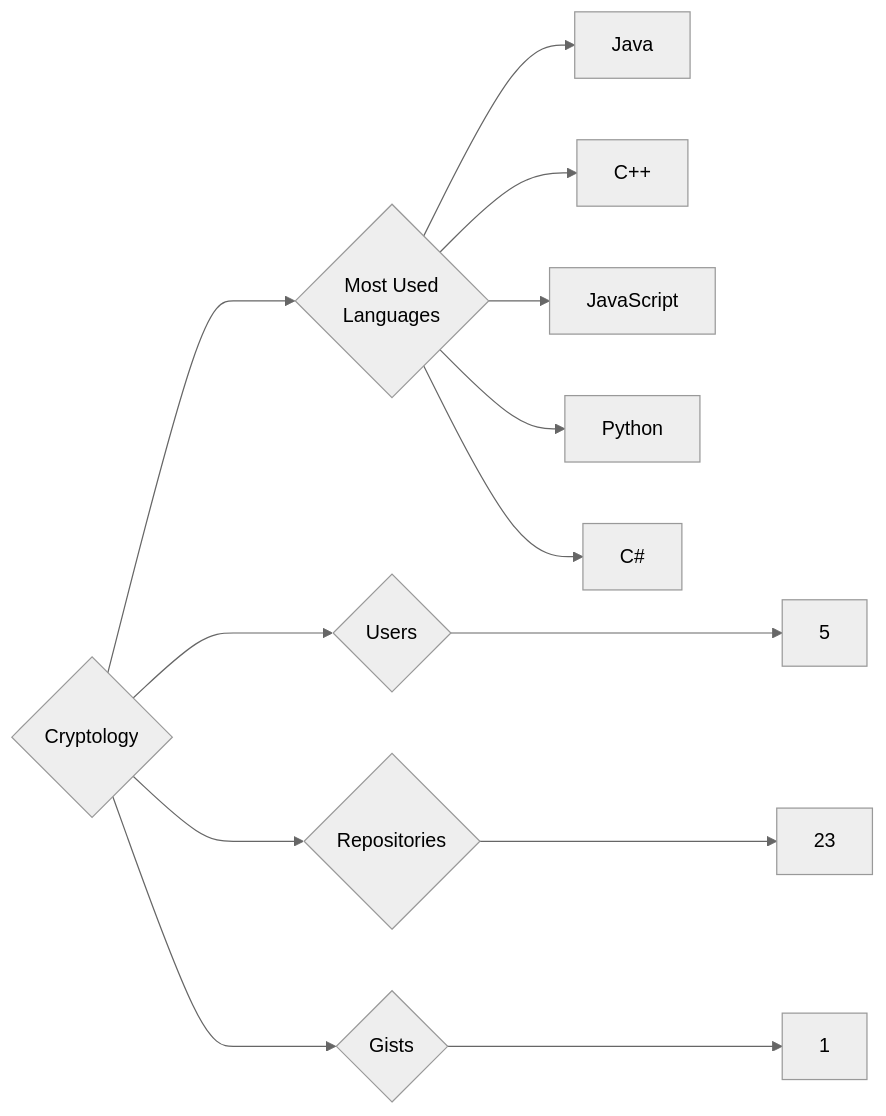
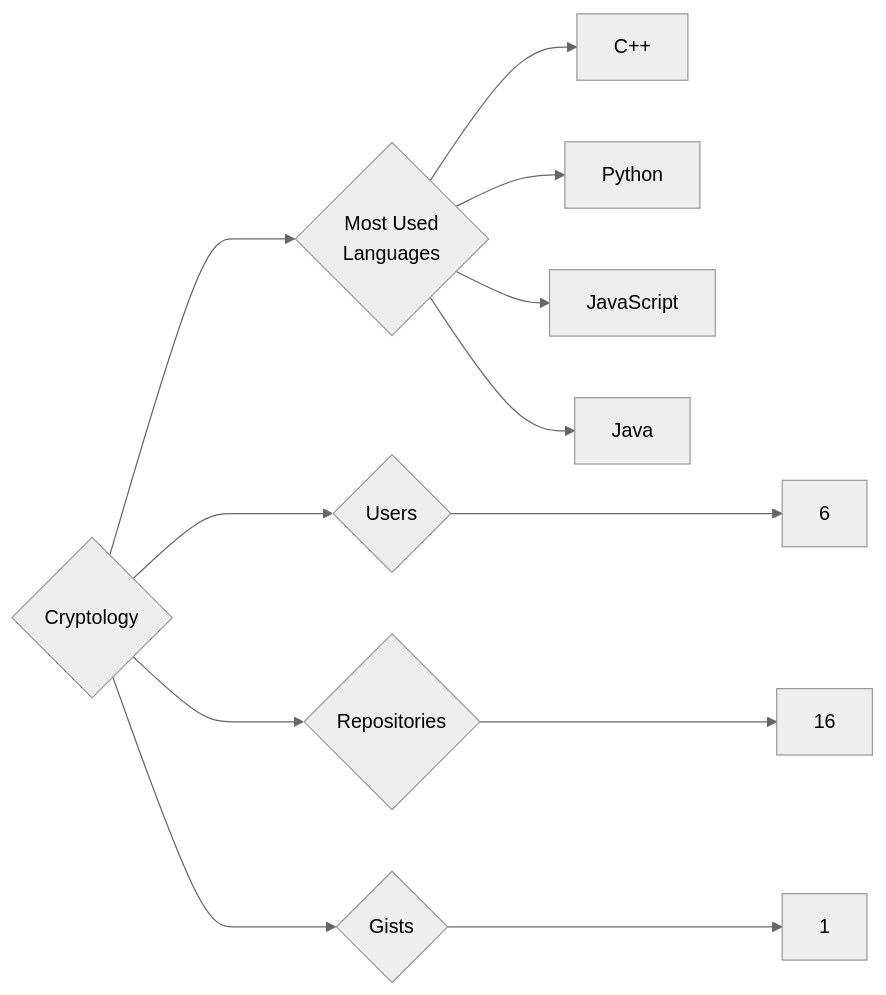
The diagram in targets/Cryptology/README.md (trickest/insiders), drawn with Mermaid (neutral theme) before and after one commit. The commit also changed 1084 other files, not shown here.

````diff
--- a/targets/Cryptology/README.md
+++ b/targets/Cryptology/README.md
@@ -3,13 +3,12 @@
 ```mermaid
 graph LR
 COMPANY_NAME{Cryptology}
-COMPANY_NAME ---> U{Users} ---> UN[5]
-COMPANY_NAME ---> R{Repositories} ---> RN[23]
+COMPANY_NAME ---> U{Users} ---> UN[6]
+COMPANY_NAME ---> R{Repositories} ---> RN[16]
 COMPANY_NAME ---> G{Gists} ---> GN[1]
 COMPANY_NAME ---> ML{Most Used<br>Languages}
+ML --> C++[C++]
+ML --> Python[Python]
+ML --> JavaScript[JavaScript]
 ML --> Java[Java]
-ML --> C++[C++]
-ML --> JavaScript[JavaScript]
-ML --> Python[Python]
-ML --> C#[C#]
 ```
````
